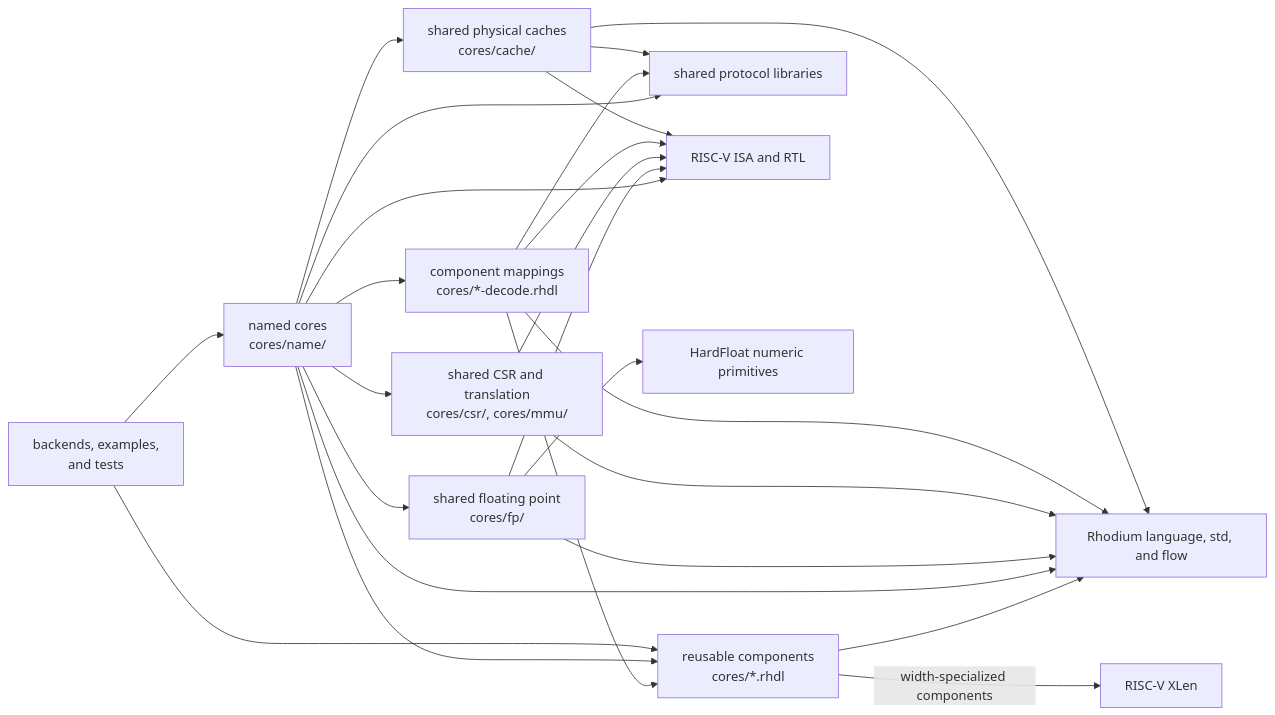
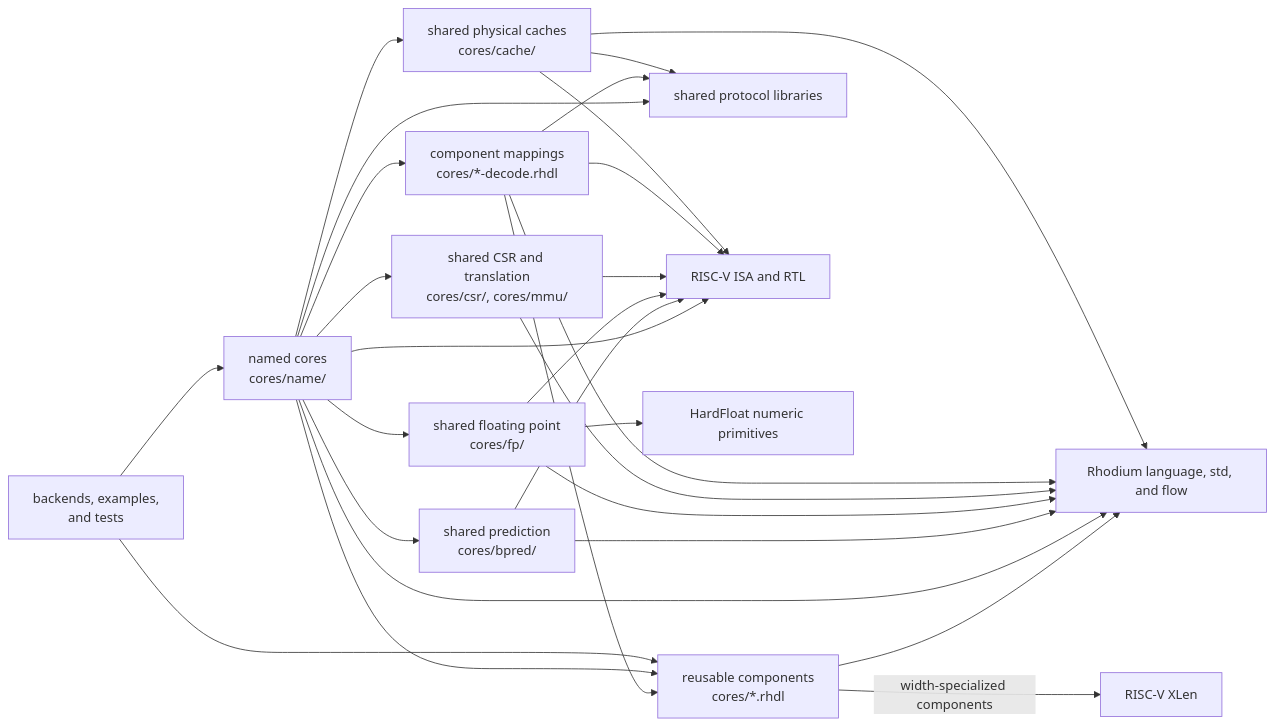
One commit to jerryz123/rhodium changed the diagram in cores/DEVELOPING.md. Above: the diagram before and after it, drawn with Mermaid. The commit also changed other lines of this file and 38 other files, not shown here.

````diff
--- a/cores/DEVELOPING.md
+++ b/cores/DEVELOPING.md
@@ -45,27 +47,30 @@
 ```mermaid
 flowchart LR
   Consumers["backends, examples,<br/>and tests"] --> Named["named cores<br/>cores/name/"]
   Consumers --> Reusable["reusable components<br/>cores/*.rhdl"]
   Named --> Reusable
   Named --> Cache["shared physical caches<br/>cores/cache/"]
   Cache --> Protocols
   Cache --> Riscv
   Cache --> Rhodium
   Named --> Mapping["component mappings<br/>cores/*-decode.rhdl"]
   Mapping --> Reusable
   Mapping --> Riscv
   Mapping --> Protocols
   Mapping --> Rhodium
   Named --> State["shared CSR and translation<br/>cores/csr/, cores/mmu/"]
   State --> Riscv
   State --> Rhodium
   Named --> FP["shared floating point<br/>cores/fp/"]
   FP --> Riscv
   FP --> Rhodium
   FP --> HardFloat["HardFloat numeric primitives"]
+  Named --> Bpred["shared prediction<br/>cores/bpred/"]
+  Bpred --> Riscv
+  Bpred --> Rhodium
   Named --> Riscv["RISC-V ISA and RTL"]
   Named --> Protocols["shared protocol libraries"]
   Named --> Rhodium["Rhodium language, std, and flow"]
   Reusable --> Rhodium
   Reusable -->|"width-specialized components"| Xlen["RISC-V XLen"]
 ```
````
